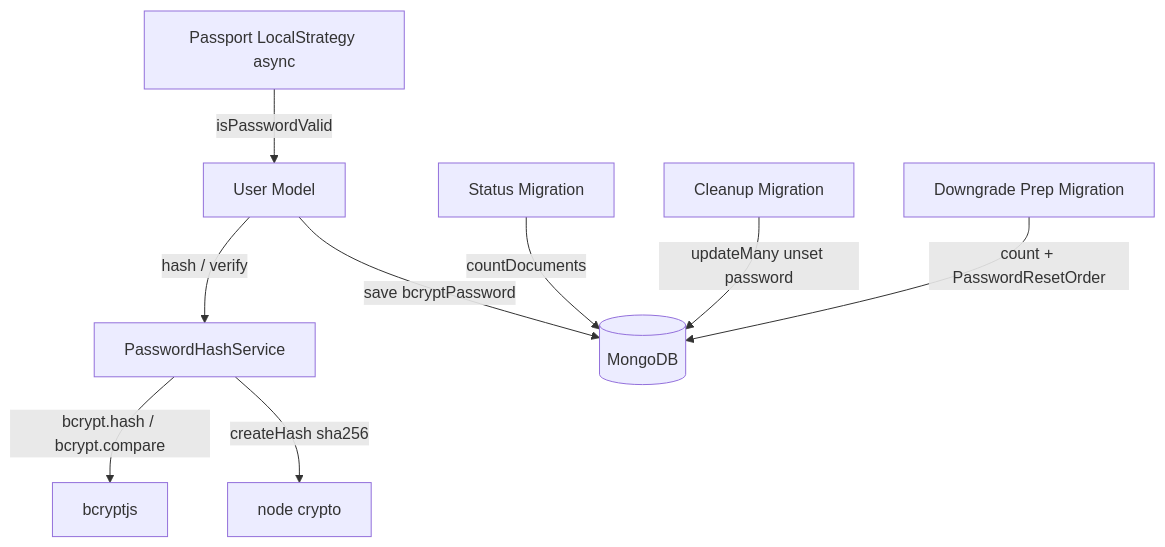
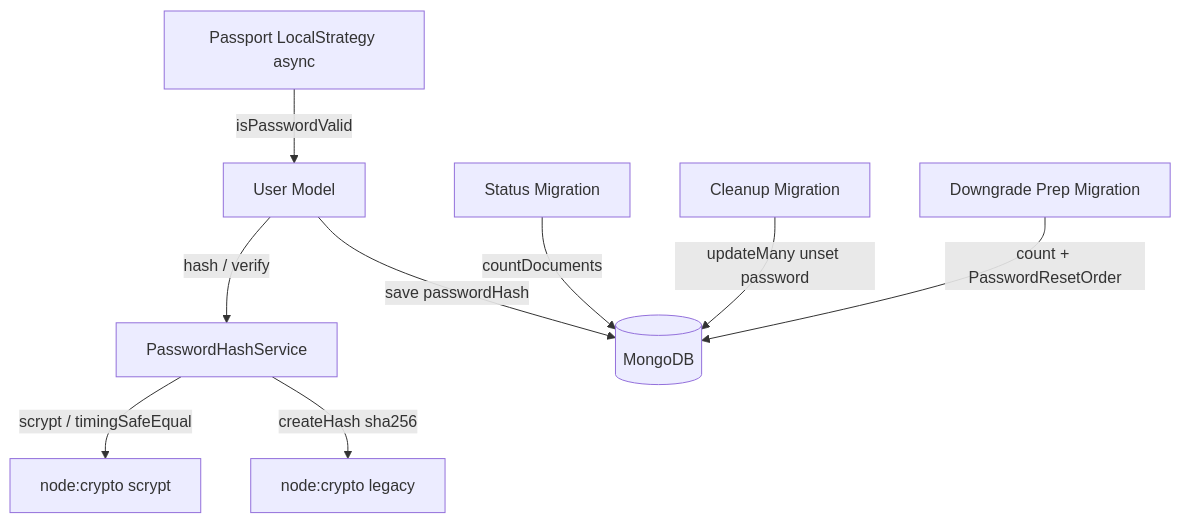
One commit to growilabs/growi changed the first of 4 diagrams in .kiro/specs/password-hash-upgrade/design.md. Above: the diagram before and after it, drawn with Mermaid. The commit also changed other lines of this file and 4 other files, not shown here.

Commit message:
switch KDF to node:crypto scrypt

````diff
--- a/.kiro/specs/password-hash-upgrade/design.md
+++ b/.kiro/specs/password-hash-upgrade/design.md
@@ -95,11 +95,11 @@
 ```mermaid
 graph TB
     Passport[Passport LocalStrategy async] -->|isPasswordValid| UserModel[User Model]
     UserModel -->|hash / verify| PHS[PasswordHashService]
-    PHS -->|bcrypt.hash / bcrypt.compare| Bcryptjs[bcryptjs]
-    PHS -->|createHash sha256| NodeCrypto[node crypto]
-    UserModel -->|save bcryptPassword| MongoDB[(MongoDB)]
+    PHS -->|scrypt / timingSafeEqual| NodeScrypt[node:crypto scrypt]
+    PHS -->|createHash sha256| NodeCrypto[node:crypto legacy]
+    UserModel -->|save passwordHash| MongoDB[(MongoDB)]
     StatusScript[Status Migration] -->|countDocuments| MongoDB
     CleanupScript[Cleanup Migration] -->|updateMany unset password| MongoDB
     DowngradeScript[Downgrade Prep Migration] -->|count + PasswordResetOrder| MongoDB
 ```
````
